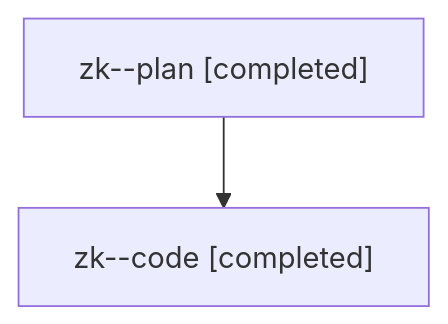
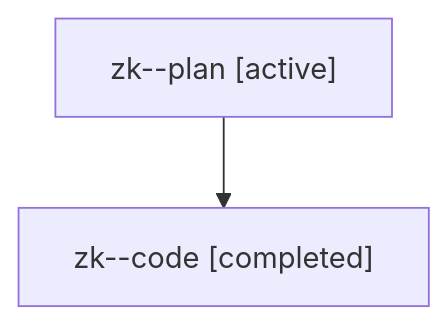
Before and after one commit to sase-org/sase--agents: the diagram in families/bbugyi200.athena.zk.md, drawn with Mermaid. The commit also changed other lines of this file and 35830 other files, not shown here.

````diff
--- a/families/bbugyi200.athena.zk.md
+++ b/families/bbugyi200.athena.zk.md
@@ -9,6 +9,6 @@
 ```mermaid
 flowchart TD
-  n0["zk--plan [completed]"]
+  n0["zk--plan [active]"]
   n1["zk--code [completed]"]
   n0 --> n1
 ```
````
